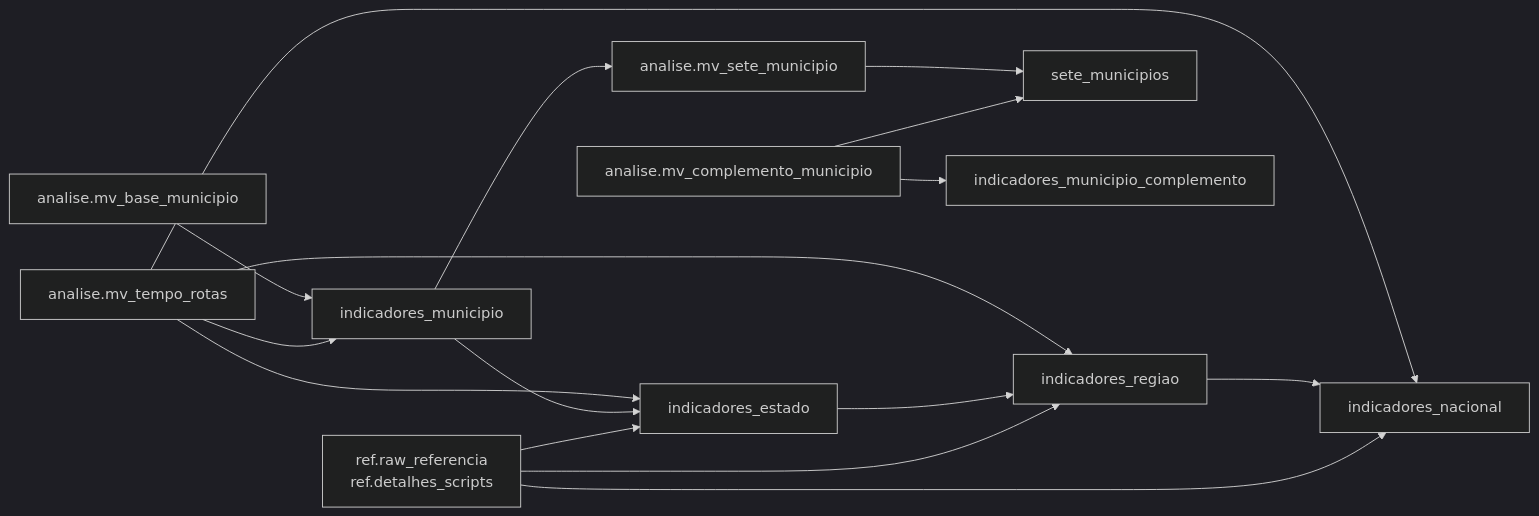
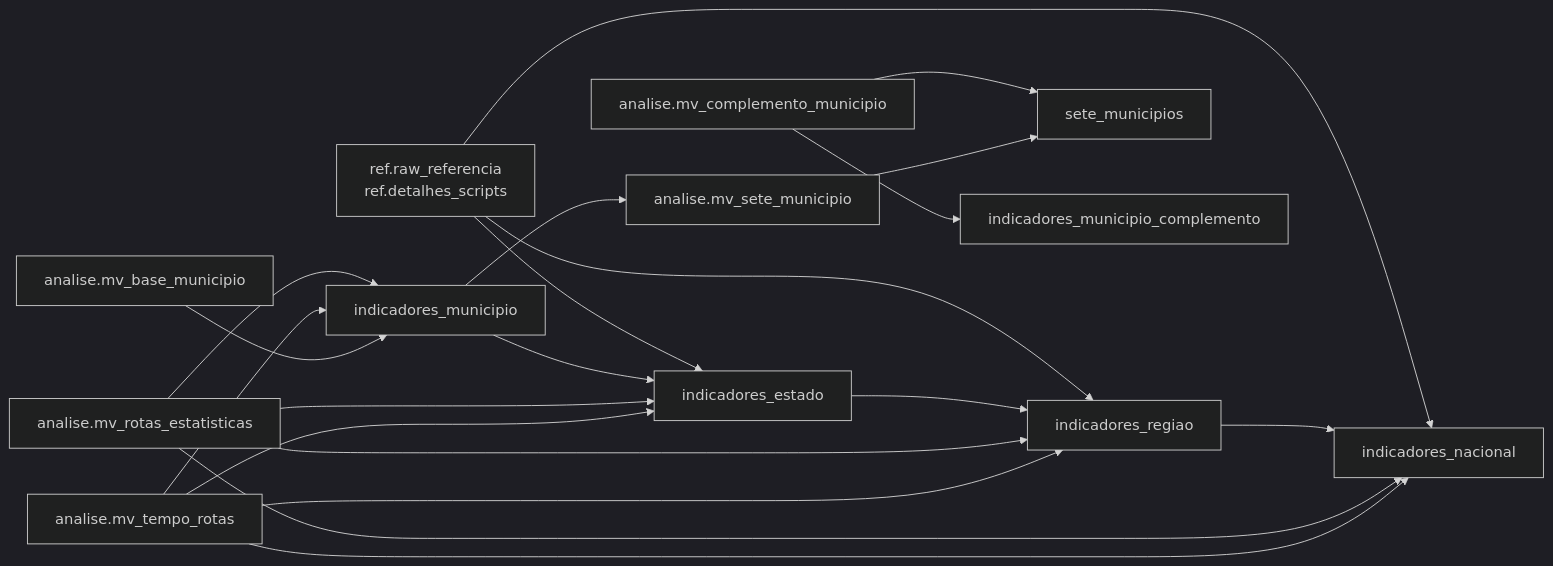
The second of 2 diagrams in DATABASE.md (CECATE-CO/pnite-public), drawn with Mermaid (dark theme) before and after one commit. The commit also changed other lines of this file and 3 other files, not shown here.

````diff
--- a/DATABASE.md
+++ b/DATABASE.md
@@ -212,9 +214,10 @@
 ```mermaid
 flowchart LR
     B["analise.mv_base_municipio"] --> M["indicadores_municipio"]
     T["analise.mv_tempo_rotas"] --> M & E & R & N
+    RE["analise.mv_rotas_estatisticas"] --> M & E & R & N
     M --> E["indicadores_estado"] --> R["indicadores_regiao"] --> N["indicadores_nacional"]
     RR["ref.raw_referencia<br/>ref.detalhes_scripts"] --> E & R & N
     M --> S["analise.mv_sete_municipio"] --> SM["sete_municipios"]
     C["analise.mv_complemento_municipio"] --> SM & CP["indicadores_municipio_complemento"]
 ```
````
